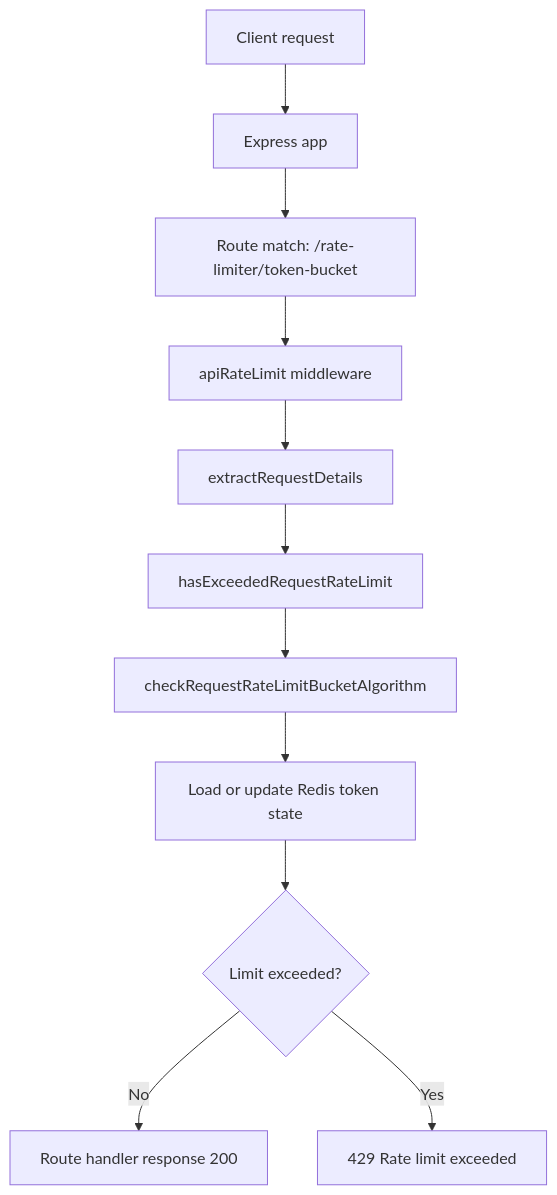
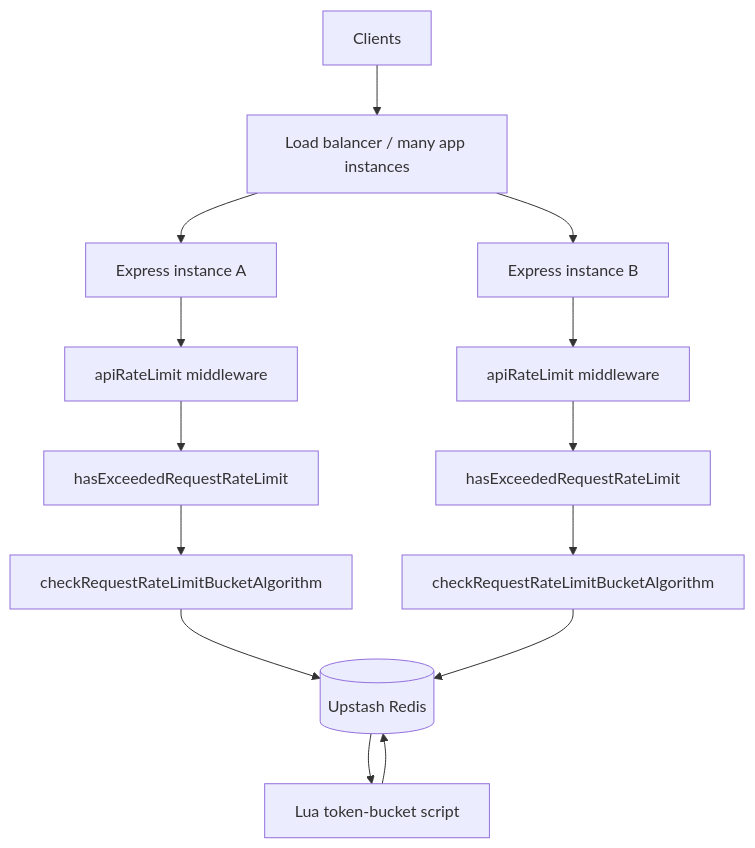
One commit to gerimujo496/rate-limiter changed the first of 2 diagrams in README.md. Above: the diagram before and after it, drawn with Mermaid. The commit also changed other lines of this file and 8 other files, not shown here.

````diff
--- a/README.md
+++ b/README.md
@@ -152,13 +74,16 @@
 ```mermaid
 flowchart TD
-    A[Client request] --> B[Express app]
-    B --> C[Route match: /rate-limiter/token-bucket]
-    C --> D[apiRateLimit middleware]
-    D --> E[extractRequestDetails]
-    E --> F[hasExceededRequestRateLimit]
-    F --> G[checkRequestRateLimitBucketAlgorithm]
-    G --> H[Load or update Redis token state]
-    H --> I{Limit exceeded?}
-    I -- No --> J[Route handler response 200]
-    I -- Yes --> K[429 Rate limit exceeded]
+    C[Clients] --> LB[Load balancer / many app instances]
+    LB --> A1[Express instance A]
+    LB --> A2[Express instance B]
+    A1 --> MW[apiRateLimit middleware]
+    A2 --> MW2[apiRateLimit middleware]
+    MW --> H[hasExceededRequestRateLimit]
+    MW2 --> H2[hasExceededRequestRateLimit]
+    H --> B[checkRequestRateLimitBucketAlgorithm]
+    H2 --> B2[checkRequestRateLimitBucketAlgorithm]
+    B --> R[(Upstash Redis)]
+    B2 --> R
+    R --> L[Lua token-bucket script]
+    L --> R
 ```
````
